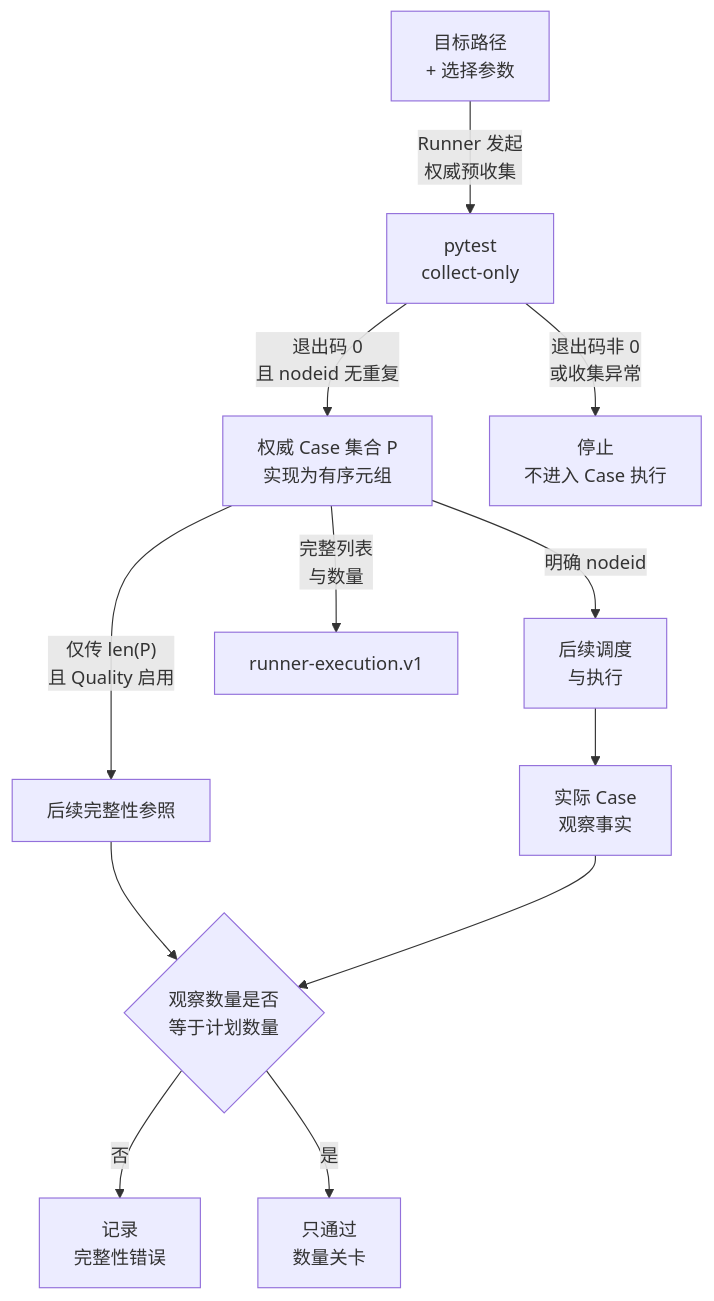
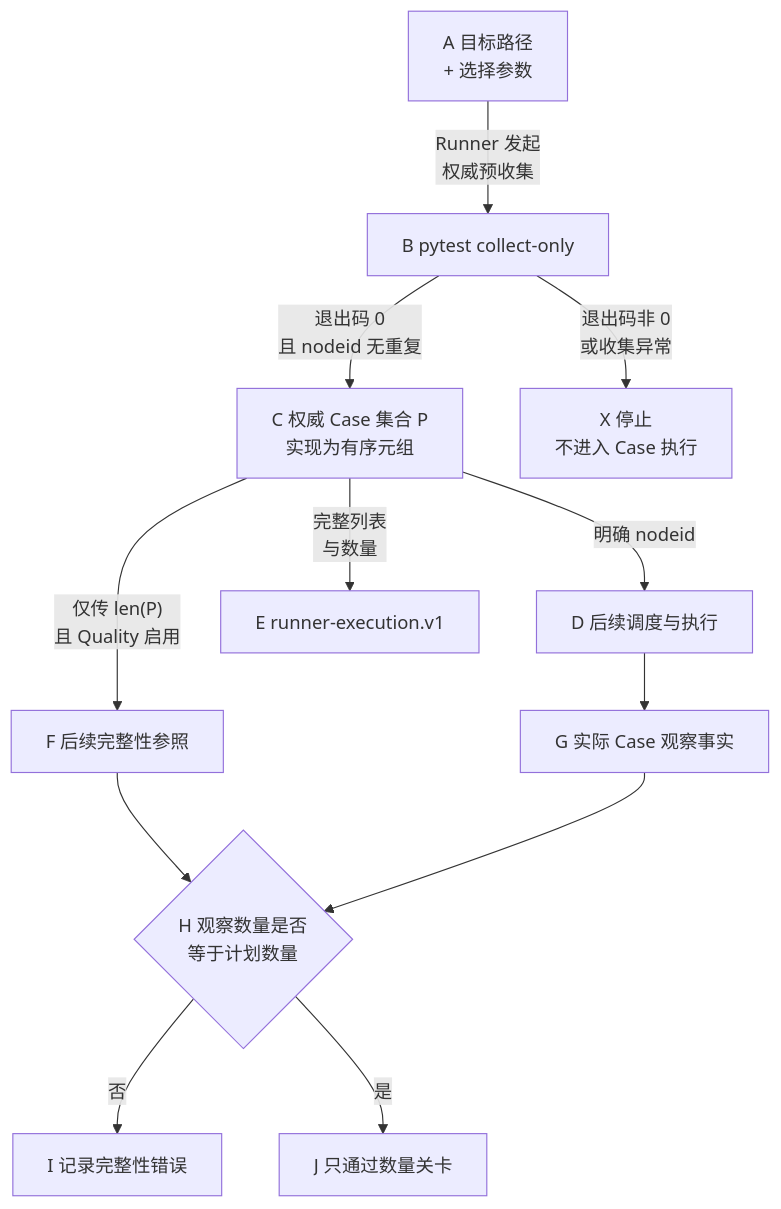
Before and after one commit to wjy801/llm_api_case: the diagram in course/a/课程正文/第05课-为什么必须先形成权威Case集合.md, drawn with Mermaid.

````diff
--- a/course/a/课程正文/第05课-为什么必须先形成权威Case集合.md
+++ b/course/a/课程正文/第05课-为什么必须先形成权威Case集合.md
@@ -182,14 +182,14 @@
 ```mermaid
 flowchart TB
-    A["目标路径<br/>+ 选择参数"] -->|"Runner 发起<br/>权威预收集"| B["pytest<br/>collect-only"]
-    B -->|"退出码 0<br/>且 nodeid 无重复"| C["权威 Case 集合 P<br/>实现为有序元组"]
-    B -->|"退出码非 0<br/>或收集异常"| X["停止<br/>不进入 Case 执行"]
-    C -->|"明确 nodeid"| D["后续调度<br/>与执行"]
-    C -->|"完整列表<br/>与数量"| E["runner-execution.v1"]
-    C -->|"仅传 len(P)<br/>且 Quality 启用"| F["后续完整性参照"]
-    D --> G["实际 Case<br/>观察事实"]
-    F --> H{"观察数量是否<br/>等于计划数量"}
+    A["A 目标路径<br/>+ 选择参数"] -->|"Runner 发起<br/>权威预收集"| B["B pytest collect-only"]
+    B -->|"退出码 0<br/>且 nodeid 无重复"| C["C 权威 Case 集合 P<br/>实现为有序元组"]
+    B -->|"退出码非 0<br/>或收集异常"| X["X 停止<br/>不进入 Case 执行"]
+    C -->|"明确 nodeid"| D["D 后续调度与执行"]
+    C -->|"完整列表<br/>与数量"| E["E runner-execution.v1"]
+    C -->|"仅传 len(P)<br/>且 Quality 启用"| F["F 后续完整性参照"]
+    D --> G["G 实际 Case 观察事实"]
+    F --> H{"H 观察数量是否<br/>等于计划数量"}
     G --> H
-    H -->|"否"| I["记录<br/>完整性错误"]
-    H -->|"是"| J["只通过<br/>数量关卡"]
+    H -->|"否"| I["I 记录完整性错误"]
+    H -->|"是"| J["J 只通过数量关卡"]
 ```
````
